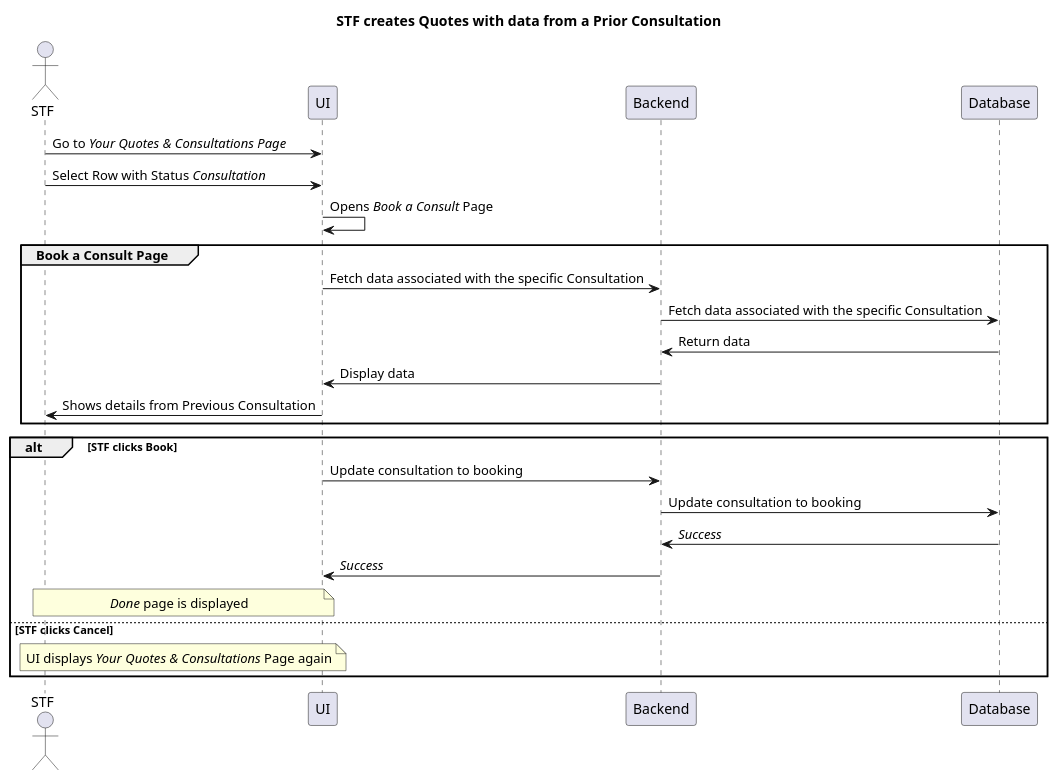
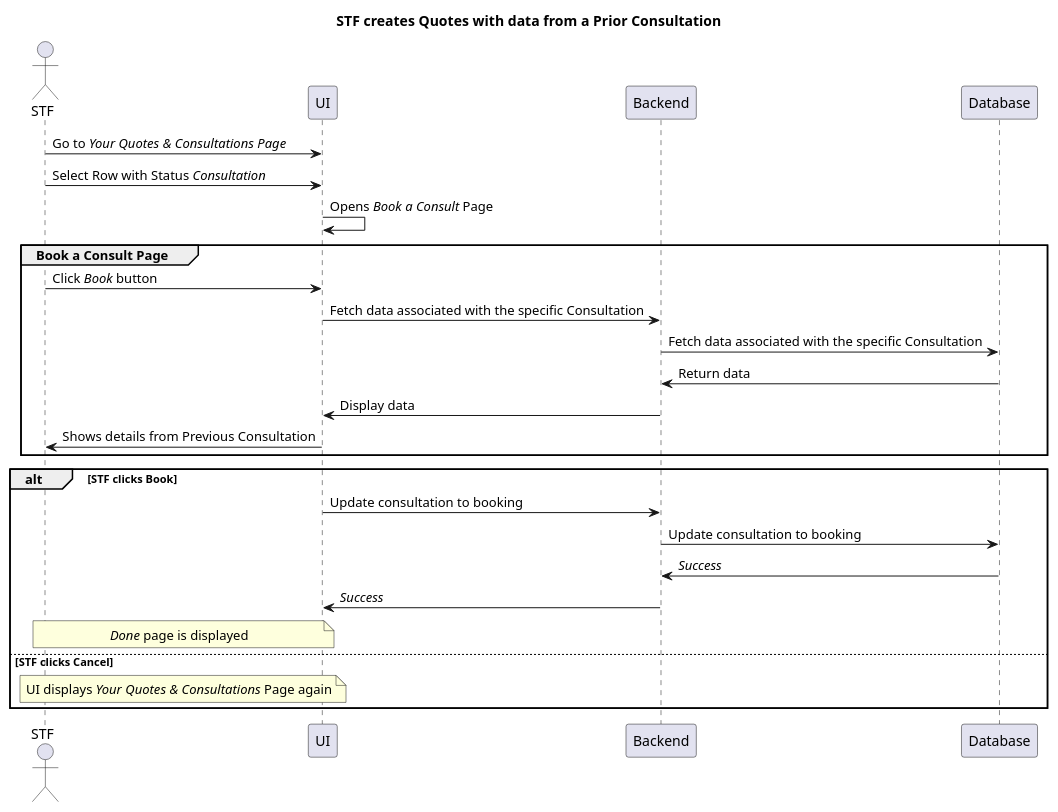
One commit to jpgacrama/NovariSpecs changed the diagram in STF/STF_CreateQuoteFromPriorConsultation.pu. Above: the diagram before and after it, drawn with PlantUML. The commit also changed 1 other file, not shown here.

```diff
--- a/STF/STF_CreateQuoteFromPriorConsultation.pu
+++ b/STF/STF_CreateQuoteFromPriorConsultation.pu
@@ -1,33 +1,34 @@
 @startuml
     title STF creates Quotes with data from a Prior Consultation
 
     actor "STF" as STF
     
     STF -> UI: Go to //Your Quotes & Consultations Page//
     STF -> UI: Select Row with Status //Consultation//
     UI -> UI: Opens //Book a Consult// Page
 
     group Book a Consult Page
+        STF -> UI: Click //Book// button
         UI -> Backend: Fetch data associated with the specific Consultation
         Backend -> Database: Fetch data associated with the specific Consultation
         Database -> Backend: Return data
         Backend -> UI: Display data 
 
         UI -> STF: Shows details from Previous Consultation
     end group
 
     alt STF clicks Book
         UI -> Backend: Update consultation to booking
         Backend -> Database: Update consultation to booking
         Database -> Backend: //Success//
         Backend -> UI: //Success//
 
         note over STF, UI
             //Done// page is displayed
         end note
     else STF clicks Cancel
         note over STF, UI
             UI displays //Your Quotes & Consultations// Page again
         end note
     end
 @enduml
```
